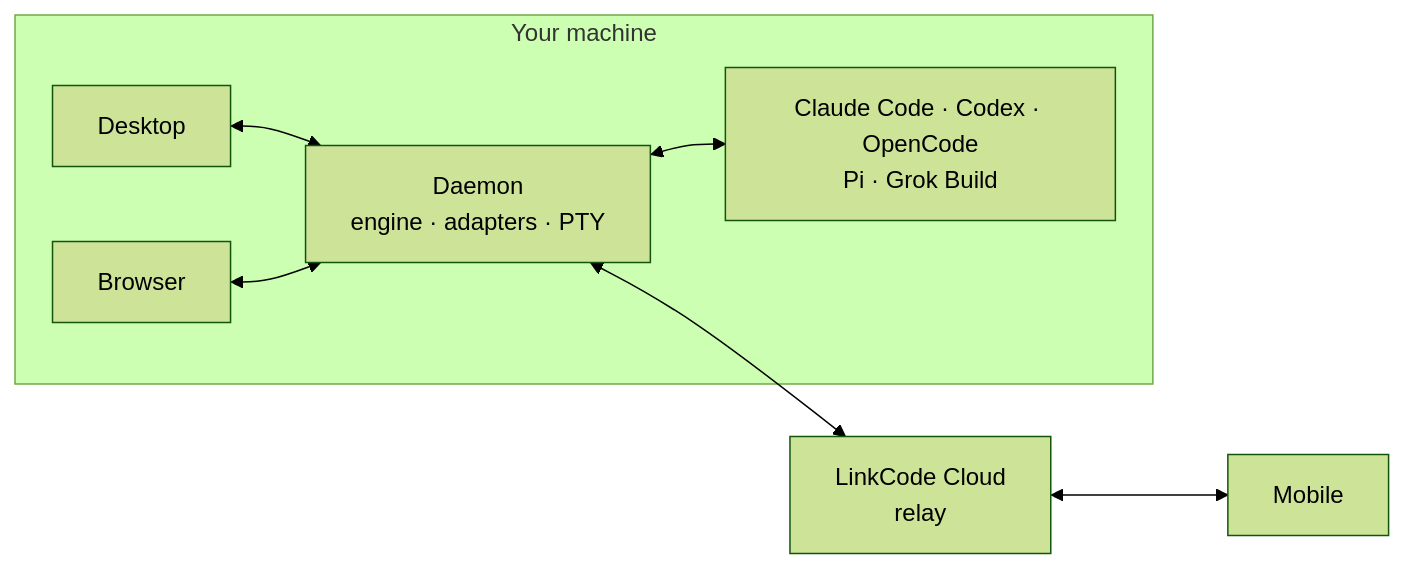
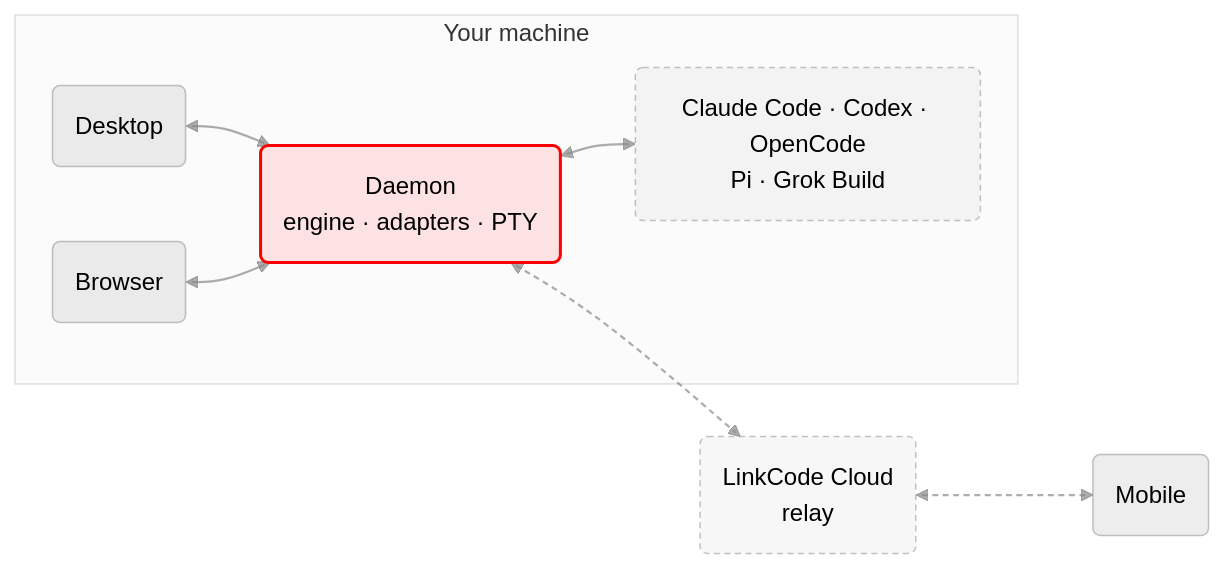
The diagram in README.md (arcboxlabs/linkcode), drawn with Mermaid (forest theme) before and after one commit. The commit also changed other lines of this file and 1 other file, not shown here.

Commit message:
docs(readme): round the hero screenshot and style the architecture diagram

````diff
--- a/README.md
+++ b/README.md
@@ -62,17 +62,27 @@
 ```mermaid
 flowchart LR
     subgraph machine["Your machine"]
-        DESKTOP["Desktop"]
-        WEB["Browser"]
-        DAEMON["Daemon<br/>engine · adapters · PTY"]
-        AGENTS["Claude Code · Codex · OpenCode<br/>Pi · Grok Build"]
+        DESKTOP("Desktop")
+        WEB("Browser")
+        DAEMON("Daemon<br/>engine · adapters · PTY")
+        AGENTS("Claude Code · Codex · OpenCode<br/>Pi · Grok Build")
     end
-    CLOUD["LinkCode Cloud<br/>relay"]
-    MOBILE["Mobile"]
+    CLOUD("LinkCode Cloud<br/>relay")
+    MOBILE("Mobile")
 
     DESKTOP <--> DAEMON
     WEB <--> DAEMON
     DAEMON <--> AGENTS
     DAEMON <--> CLOUD
     CLOUD <--> MOBILE
+
+    classDef client fill:#88888826,stroke:#88888880
+    classDef host fill:#FF00001A,stroke:#FF0000,stroke-width:2px
+    classDef muted fill:#88888812,stroke:#88888880,stroke-dasharray:4 3
+    class DESKTOP,WEB,MOBILE client
+    class DAEMON host
+    class AGENTS,CLOUD muted
+    style machine fill:#88888809,stroke:#88888840
+    linkStyle default stroke:#888888B0,stroke-width:1.5px
+    linkStyle 3,4 stroke:#888888B0,stroke-width:1.5px,stroke-dasharray:4 3
 ```
````
